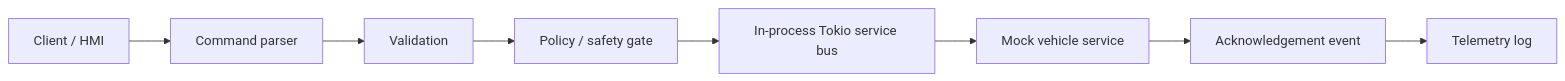
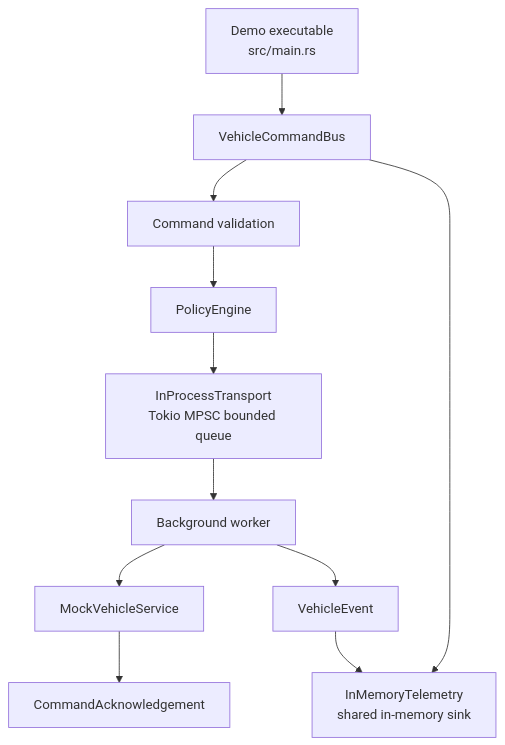
The first of 2 diagrams in docs/coding/DESIGN.md (johnwhitton/ford-infotainment), drawn with Mermaid before and after one commit. The commit also changed other lines of this file and 4 other files, not shown here.

````diff
--- a/docs/coding/DESIGN.md
+++ b/docs/coding/DESIGN.md
@@ -19,19 +21,24 @@
 ```mermaid
-graph LR
-    Client["Client / HMI"]
-    Parser["Command parser"]
-    Validation["Validation"]
-    Policy["Policy / safety gate"]
-    Bus["In-process Tokio service bus"]
-    Vehicle["Mock vehicle service"]
-    Event["Acknowledgement event"]
-    Telemetry["Telemetry log"]
+flowchart TD
+    Demo["Demo executable<br/>src/main.rs"]
+    Bus["VehicleCommandBus"]
+    Validation["Command validation"]
+    Policy["PolicyEngine"]
+    Transport["InProcessTransport<br/>Tokio MPSC bounded queue"]
+    Worker["Background worker"]
+    Vehicle["MockVehicleService"]
+    Ack["CommandAcknowledgement"]
+    Event["VehicleEvent"]
+    Telemetry["InMemoryTelemetry<br/>shared in-memory sink"]
 
-    Client --> Parser
-    Parser --> Validation
+    Demo --> Bus
+    Bus --> Validation
     Validation --> Policy
-    Policy --> Bus
-    Bus --> Vehicle
-    Vehicle --> Event
+    Policy --> Transport
+    Transport --> Worker
+    Worker --> Vehicle
+    Vehicle --> Ack
+    Worker --> Event
     Event --> Telemetry
+    Bus --> Telemetry
 ```
````
